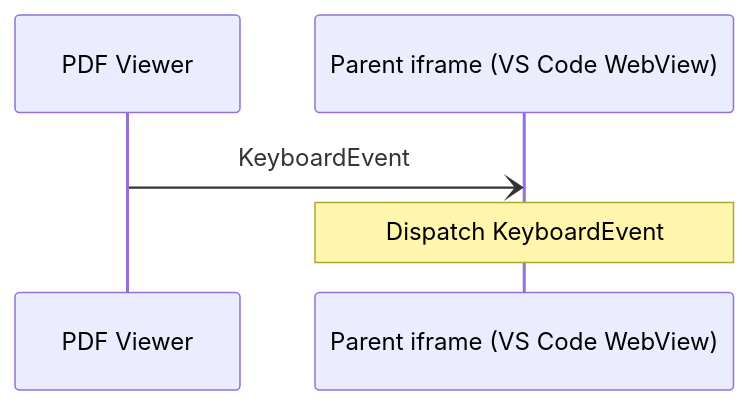
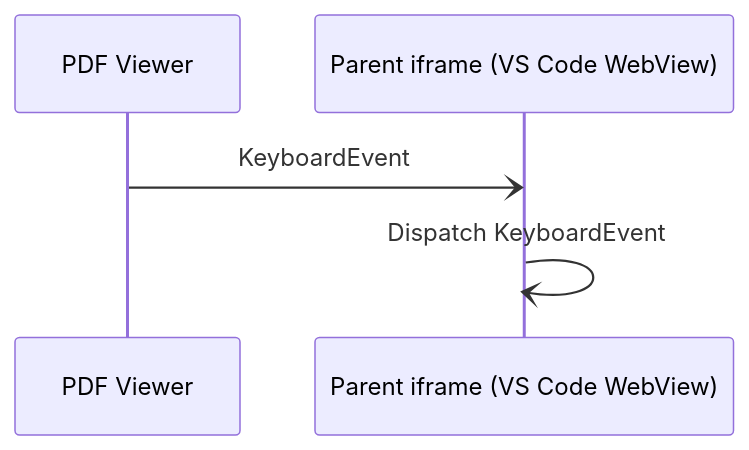
The seventh of 7 diagrams in viewer/README.md (James-Yu/LaTeX-Workshop), drawn with Mermaid before and after one commit. The commit also changed other lines of this file, not shown here.

Commit message:
Edit diagrams [skip ci]

````diff
--- a/viewer/README.md
+++ b/viewer/README.md
@@ -160,7 +160,7 @@
 ```mermaid
 sequenceDiagram
   participant Viewer as PDF Viewer
   participant Iframe as Parent iframe (VS Code WebView)
   Viewer-)Iframe: KeyboardEvent
-  Note over Iframe: Dispatch KeyboardEvent
+  Iframe-)Iframe: Dispatch KeyboardEvent
 ```
````
